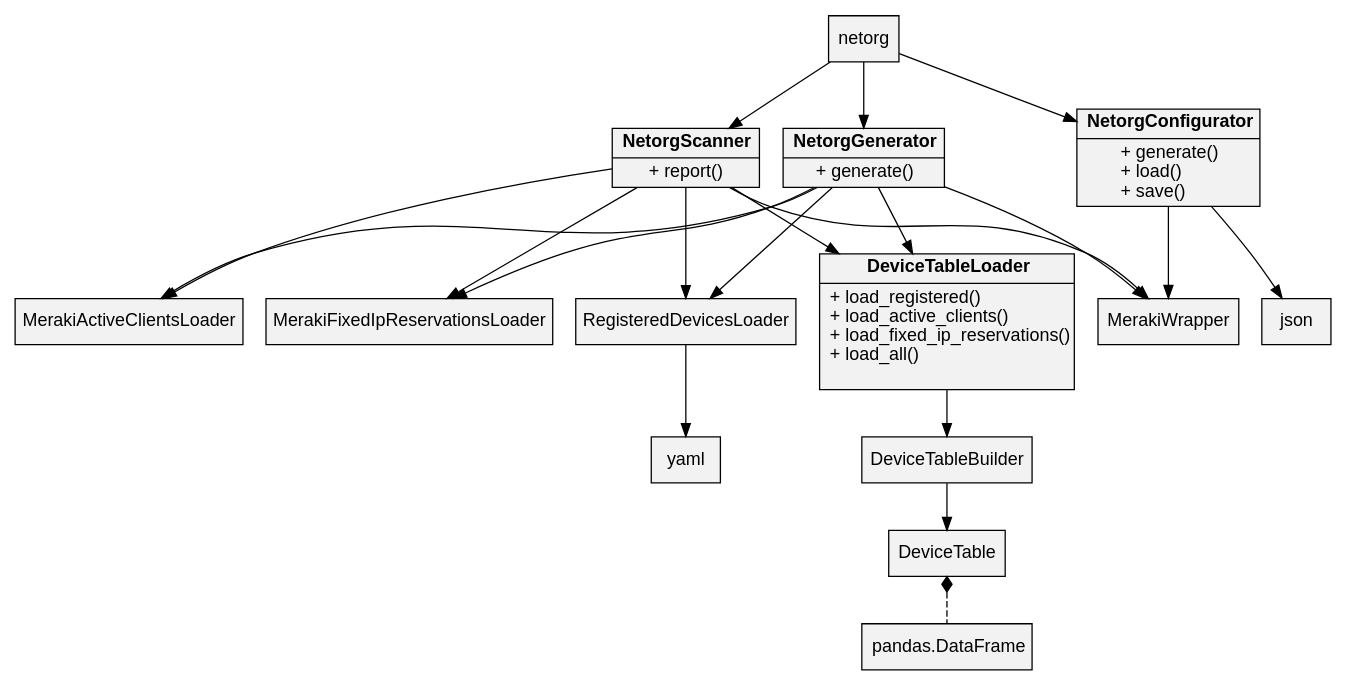
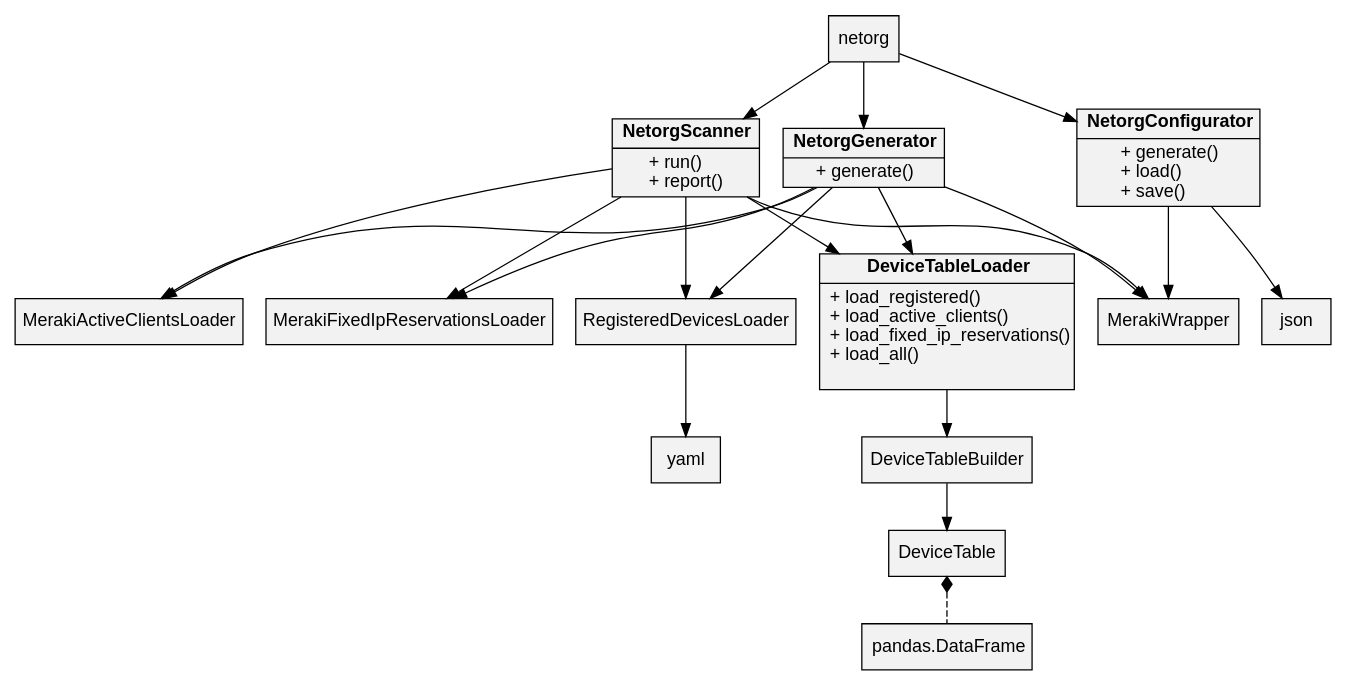
The diagram in netorg.dot (jasondchambers/netorganizer), drawn with Graphviz before and after one commit. The commit also changed 3 other files, not shown here.

```diff
--- a/netorg.dot
+++ b/netorg.dot
@@ -1,38 +1,38 @@
 digraph netorg_structure {
 
     node [
 		fontname="Helvetica,Arial,sans-serif"
 		shape=record
 		style=filled
 		fillcolor=gray95
 	]
     netorg -> { NetorgConfigurator NetorgGenerator NetorgScanner }
     NetorgConfigurator -> { MerakiWrapper json }
     NetorgGenerator -> { MerakiWrapper MerakiActiveClientsLoader MerakiFixedIpReservationsLoader RegisteredDevicesLoader DeviceTableLoader }
     NetorgScanner -> { MerakiWrapper MerakiActiveClientsLoader MerakiFixedIpReservationsLoader RegisteredDevicesLoader DeviceTableLoader }
     RegisteredDevicesLoader -> { yaml }
     DeviceTableLoader -> { DeviceTableBuilder }
     DeviceTableBuilder -> { DeviceTable }
     edge [dir=back arrowtail=diamond style=dashed]
     DeviceTable -> { DataFrame }
 
     NetorgConfigurator[
         label = <{<b>NetorgConfigurator</b> | + generate()<br align="left"/>+ load()<br align="left"/>+ save()<br align="left"/>}>
     ]
     
     NetorgGenerator[
         label = <{<b>NetorgGenerator</b> | + generate()<br align="left"/>}>
     ]
     
     NetorgScanner[
-        label = <{<b>NetorgScanner</b> | + report()<br align="left"/>}>
+        label = <{<b>NetorgScanner</b> | + run()<br align="left"/>+ report()<br align="left"/>}>
     ]
     
     DeviceTableLoader[
         label = <{<b>DeviceTableLoader</b> | + load_registered()<br align="left"/>+ load_active_clients()<br align="left"/>+ load_fixed_ip_reservations()<br align="left"/>+ load_all()<br align="left"/>        }>
     ]
     
     DataFrame [
         label = <{pandas.DataFrame}>
     ]
 }
```
